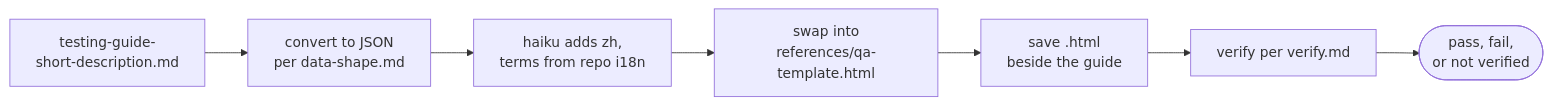
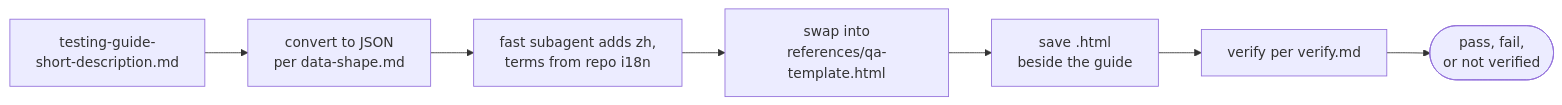
One commit to le0u0/just-do-it changed the first of 2 diagrams in docs/to-test-html.md. Above: the diagram before and after it, drawn with Mermaid. The commit also changed other lines of this file and 11 other files, not shown here.

````diff
--- a/docs/to-test-html.md
+++ b/docs/to-test-html.md
@@ -7,9 +7,9 @@
 ```mermaid
 flowchart LR
     G[testing-guide-<br/>short-description.md] --> J[convert to JSON<br/>per data-shape.md]
-    J --> Z[haiku adds zh,<br/>terms from repo i18n]
+    J --> Z[fast subagent adds zh,<br/>terms from repo i18n]
     Z --> T[swap into<br/>references/qa-template.html]
     T --> H[save .html<br/>beside the guide]
     H --> V[verify per verify.md]
     V --> O([pass, fail,<br/>or not verified])
 ```
````
